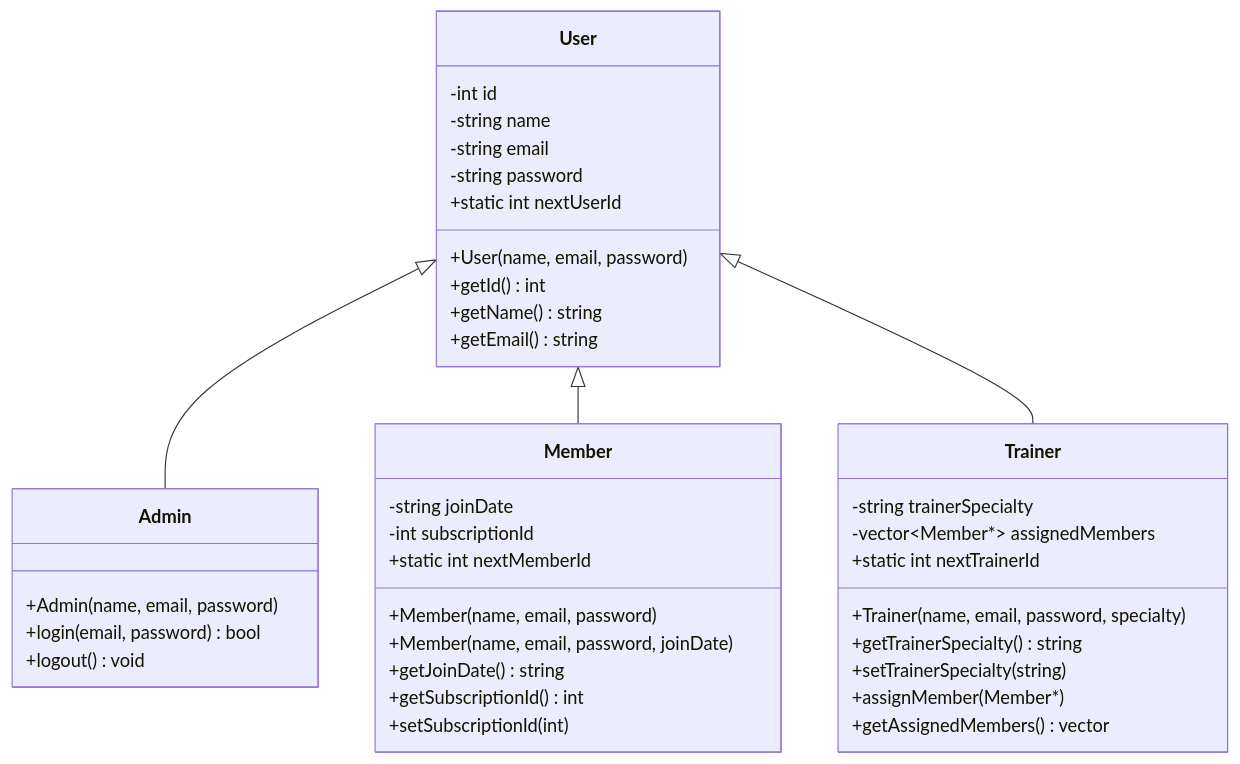
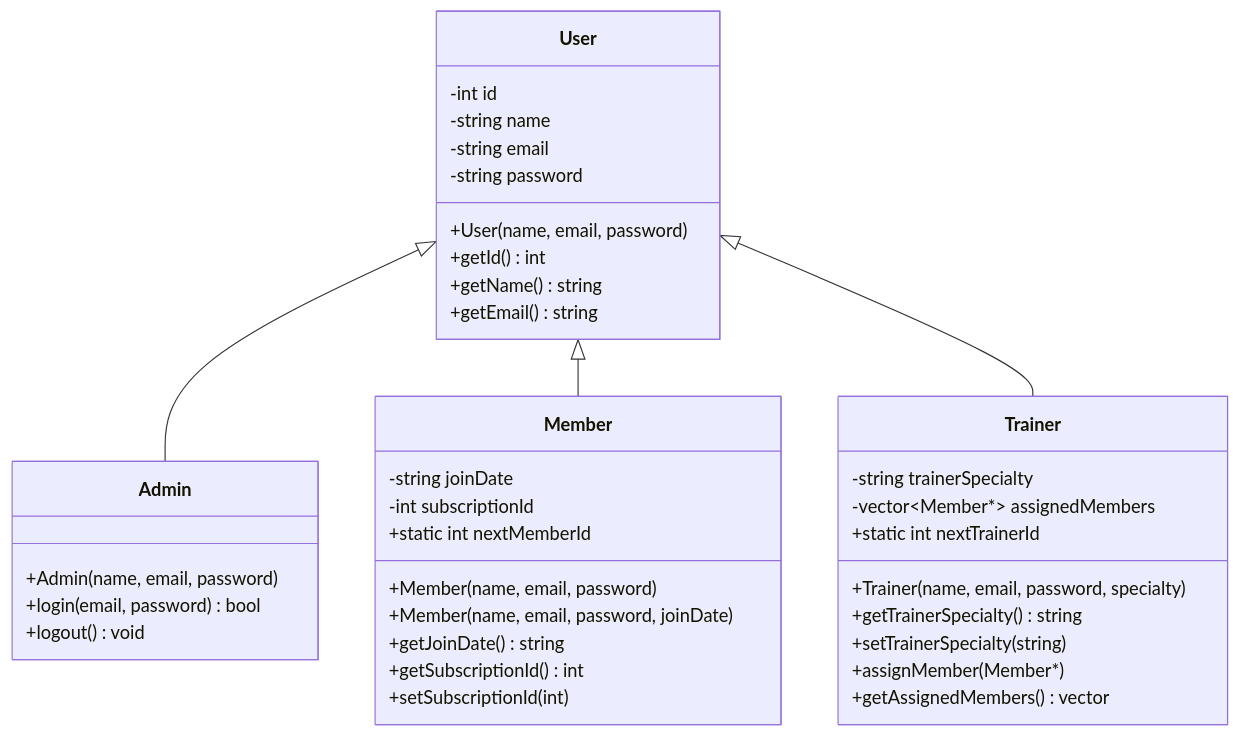
The second of 6 diagrams in README.md (M0hamed-Awad/El-Forma), drawn with Mermaid before and after one commit.

Commit message:
Remove static nextUserId from User class
Removed static user ID declaration from User class.

````diff
--- a/README.md
+++ b/README.md
@@ -96,46 +96,45 @@
 ```mermaid
 classDiagram
     User <|-- Admin
     User <|-- Member
     User <|-- Trainer
     
     class User {
         -int id
         -string name
         -string email
         -string password
-        +static int nextUserId
         +User(name, email, password)
         +getId() int
         +getName() string
         +getEmail() string
     }
     
     class Admin {
         +Admin(name, email, password)
         +login(email, password) bool
         +logout() void
     }
     
     class Member {
         -string joinDate
         -int subscriptionId
         +static int nextMemberId
         +Member(name, email, password)
         +Member(name, email, password, joinDate)
         +getJoinDate() string
         +getSubscriptionId() int
         +setSubscriptionId(int)
     }
     
     class Trainer {
         -string trainerSpecialty
         -vector~Member*~ assignedMembers
         +static int nextTrainerId
         +Trainer(name, email, password, specialty)
         +getTrainerSpecialty() string
         +setTrainerSpecialty(string)
         +assignMember(Member*)
         +getAssignedMembers() vector
     }
 ```
````
